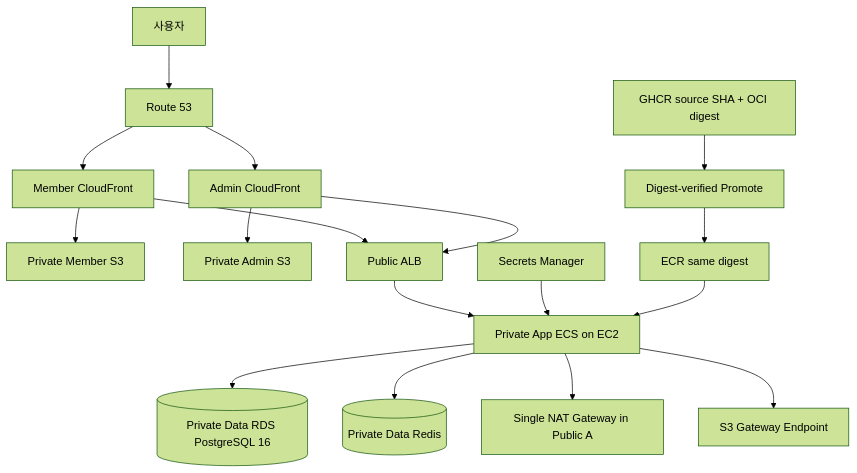
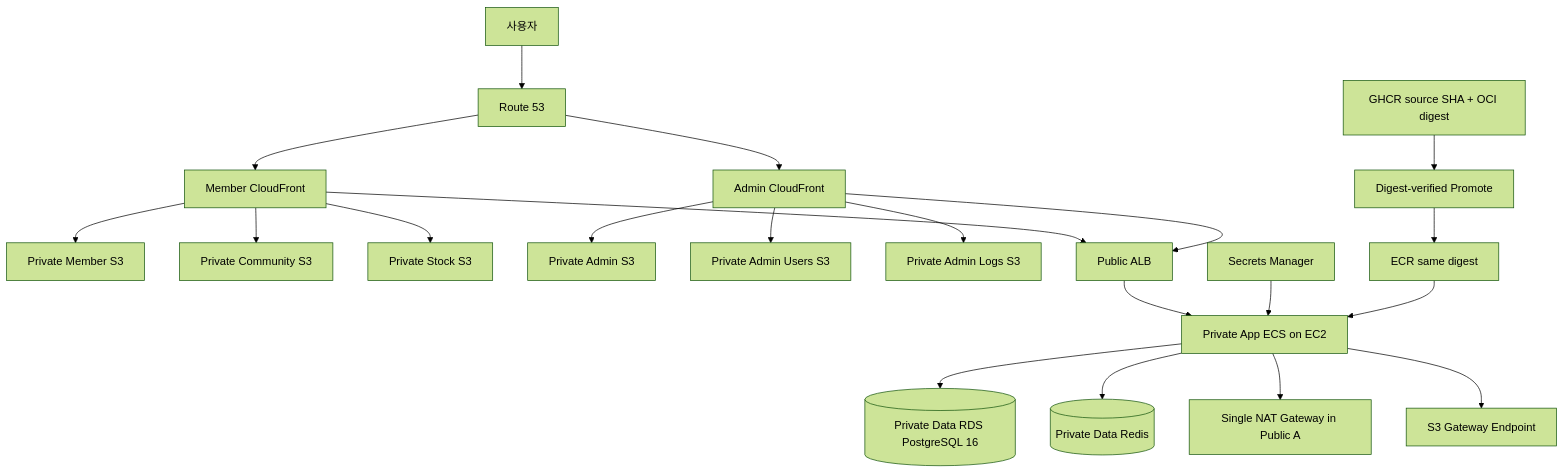
Before and after one commit to hyunmyungchoi/Spring-React-MSA: the diagram in docs/aws-migration/07-learning-runtime-design.md, drawn with Mermaid (forest theme). The commit also changed other lines of this file and 35 other files, not shown here.

````diff
--- a/docs/aws-migration/07-learning-runtime-design.md
+++ b/docs/aws-migration/07-learning-runtime-design.md
@@ -32,21 +32,25 @@
 ```mermaid
 flowchart TB
     U["사용자"] --> R53["Route 53"]
     R53 --> CF1["Member CloudFront"]
     R53 --> CF2["Admin CloudFront"]
     CF1 --> S31["Private Member S3"]
-    CF2 --> S32["Private Admin S3"]
+    CF1 --> S32["Private Community S3"]
+    CF1 --> S33["Private Stock S3"]
+    CF2 --> S34["Private Admin S3"]
+    CF2 --> S35["Private Admin Users S3"]
+    CF2 --> S36["Private Admin Logs S3"]
     CF1 --> ALB["Public ALB"]
     CF2 --> ALB
 
     ALB --> ECS["Private App ECS on EC2"]
     ECS --> RDS[("Private Data RDS PostgreSQL 16")]
     ECS --> REDIS[("Private Data Redis")]
     ECS --> NAT["Single NAT Gateway in Public A"]
     ECS --> S3EP["S3 Gateway Endpoint"]
 
     SM["Secrets Manager"] --> ECS
     GHCR["GHCR source SHA + OCI digest"] --> PROMOTE["Digest-verified Promote"]
     PROMOTE --> ECR["ECR same digest"]
     ECR --> ECS
 ```
````
